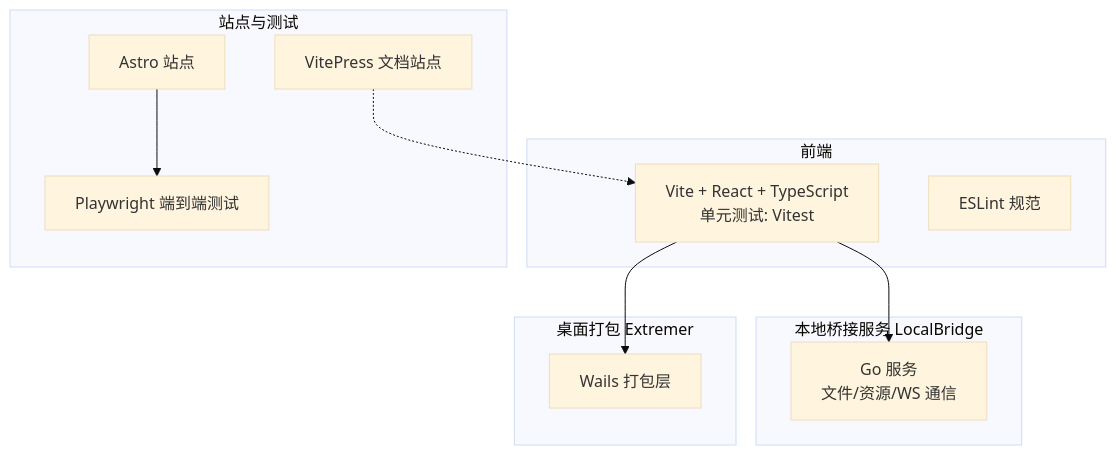
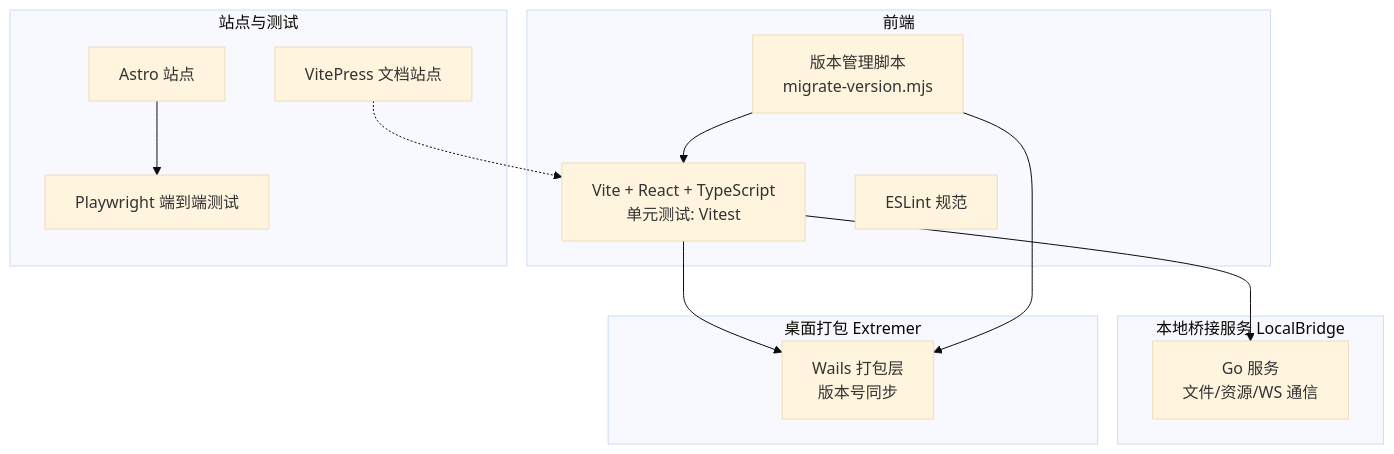
The first of 3 diagrams in .qoder/repowiki/zh/content/开发与测试.md (kqcoxn/MaaPipelineEditor), drawn with Mermaid (base theme) before and after one commit. The commit also changed other lines of this file and 15 other files, not shown here.

````diff
--- a/.qoder/repowiki/zh/content/开发与测试.md
+++ b/.qoder/repowiki/zh/content/开发与测试.md
@@ -40,22 +51,25 @@
 ```mermaid
 graph TB
 subgraph "前端"
 FE["Vite + React + TypeScript<br/>单元测试: Vitest"]
 ESL["ESLint 规范"]
+VM["版本管理脚本<br/>migrate-version.mjs"]
 end
 subgraph "本地桥接服务 LocalBridge"
 LB["Go 服务<br/>文件/资源/WS 通信"]
 end
 subgraph "桌面打包 Extremer"
-EX["Wails 打包层"]
+EX["Wails 打包层<br/>版本号同步"]
 end
 subgraph "站点与测试"
 LD["Astro 站点"]
 PW["Playwright 端到端测试"]
 DS["VitePress 文档站点"]
 end
 FE --> LB
 FE --> EX
 LD --> PW
 DS -.-> FE
+VM --> EX
+VM --> FE
 ```
````
